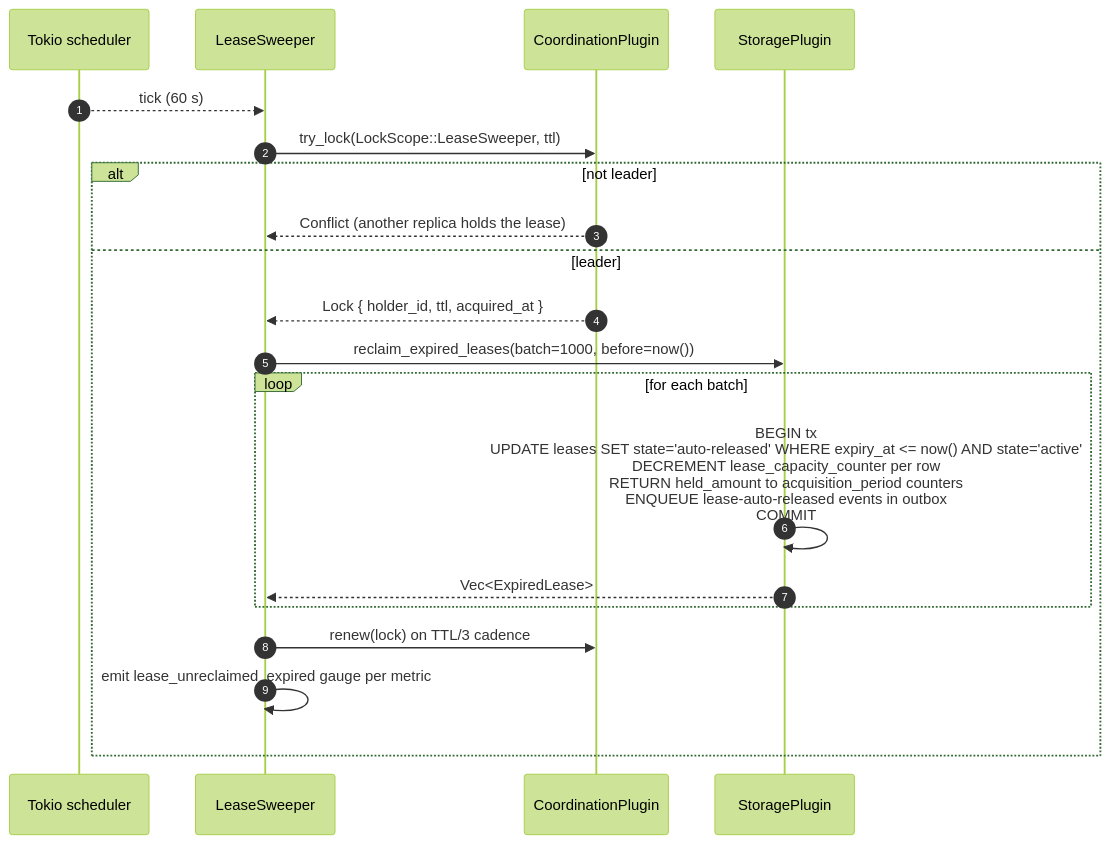
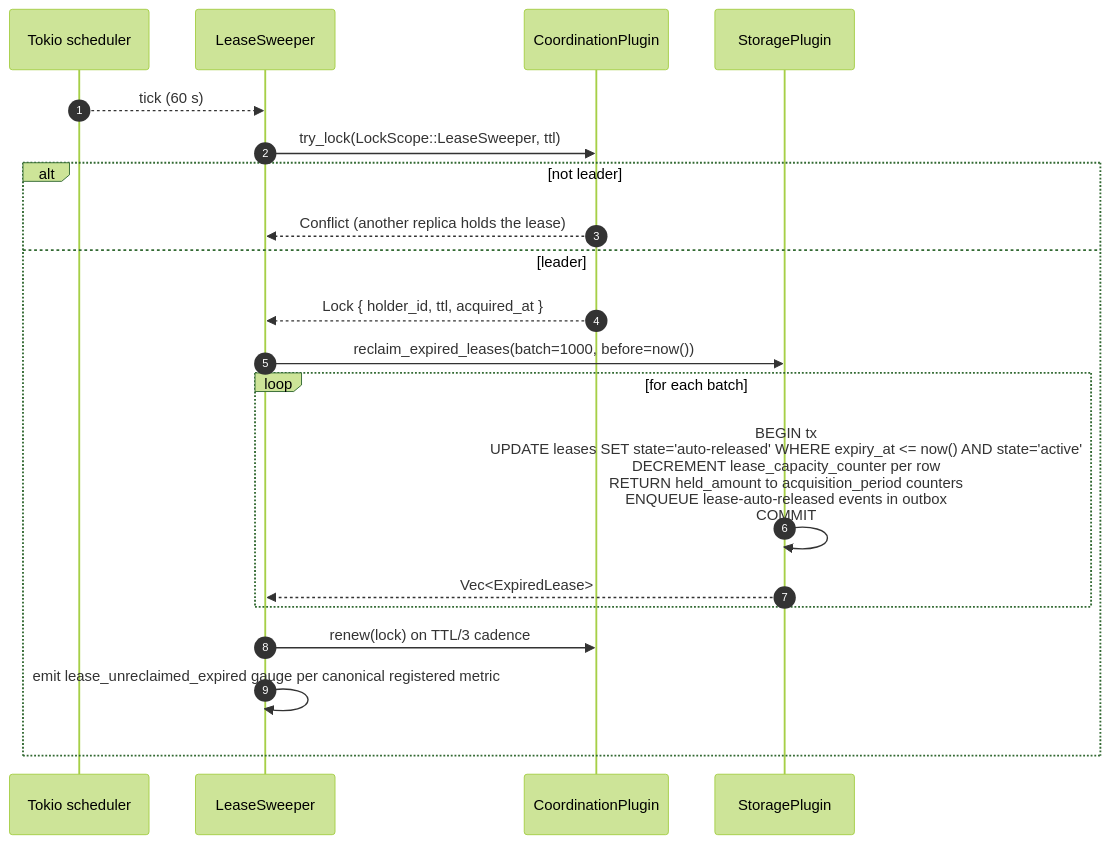
One commit to constructorfabric/gears-rust changed the ninth of 17 diagrams in gears/system/quota-enforcement/docs/DESIGN.md. Above: the diagram before and after it, drawn with Mermaid (forest theme). The commit also changed other lines of this file and 9 other files, not shown here.

First line of the commit message:
docs(qe): align projection flows and telemetry contracts

````diff
--- a/gears/system/quota-enforcement/docs/DESIGN.md
+++ b/gears/system/quota-enforcement/docs/DESIGN.md
@@ -1741,23 +1748,23 @@
 ```mermaid
 sequenceDiagram
     autonumber
     participant Sched as Tokio scheduler
     participant LS as LeaseSweeper
     participant CP as CoordinationPlugin
     participant SP as StoragePlugin
 
     Sched -->> LS: tick (60 s)
     LS ->> CP: try_lock(LockScope::LeaseSweeper, ttl)
     alt not leader
         CP -->> LS: Conflict (another replica holds the lease)
     else leader
         CP -->> LS: Lock { holder_id, ttl, acquired_at }
         LS ->> SP: reclaim_expired_leases(batch=1000, before=now())
         loop for each batch
             SP ->> SP: BEGIN tx<br/>UPDATE leases SET state='auto-released' WHERE expiry_at <= now() AND state='active'<br/>DECREMENT lease_capacity_counter per row<br/>RETURN held_amount to acquisition_period counters<br/>ENQUEUE lease-auto-released events in outbox<br/>COMMIT
             SP -->> LS: Vec<ExpiredLease>
         end
         LS ->> CP: renew(lock) on TTL/3 cadence
-        LS ->> LS: emit lease_unreclaimed_expired gauge per metric
+        LS ->> LS: emit lease_unreclaimed_expired gauge per canonical registered metric
     end
 ```
````
